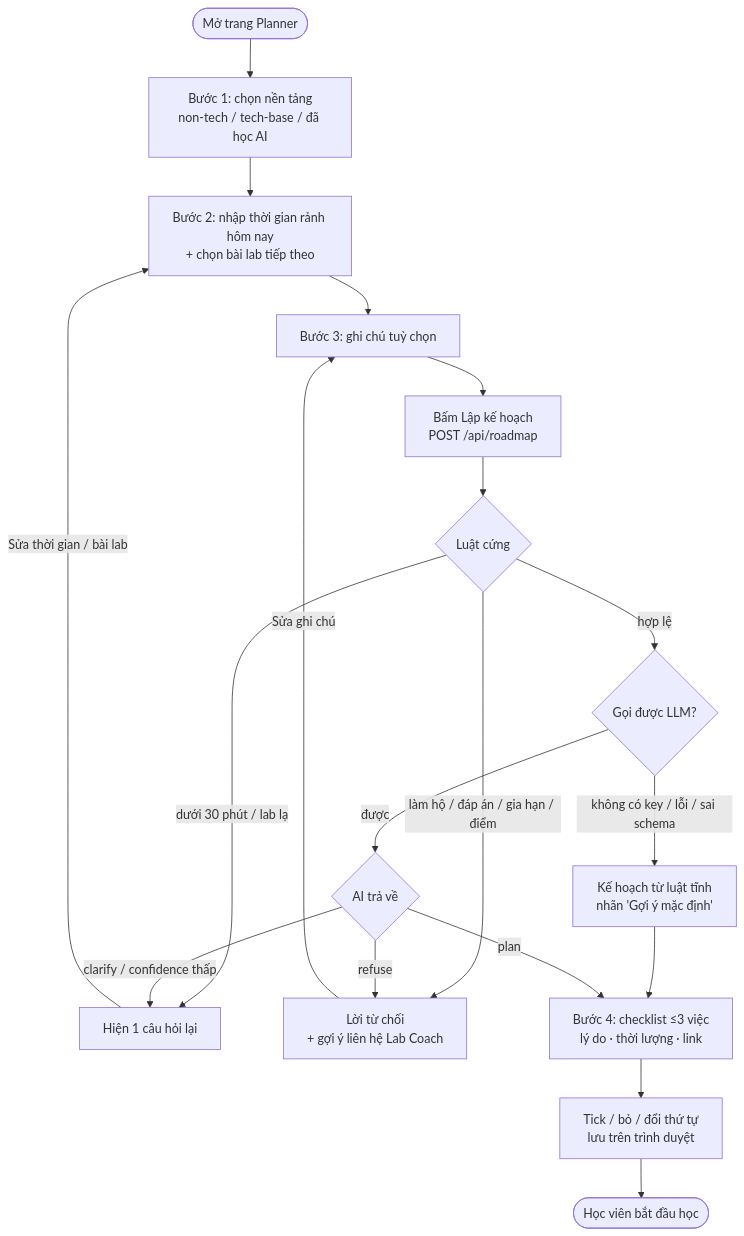
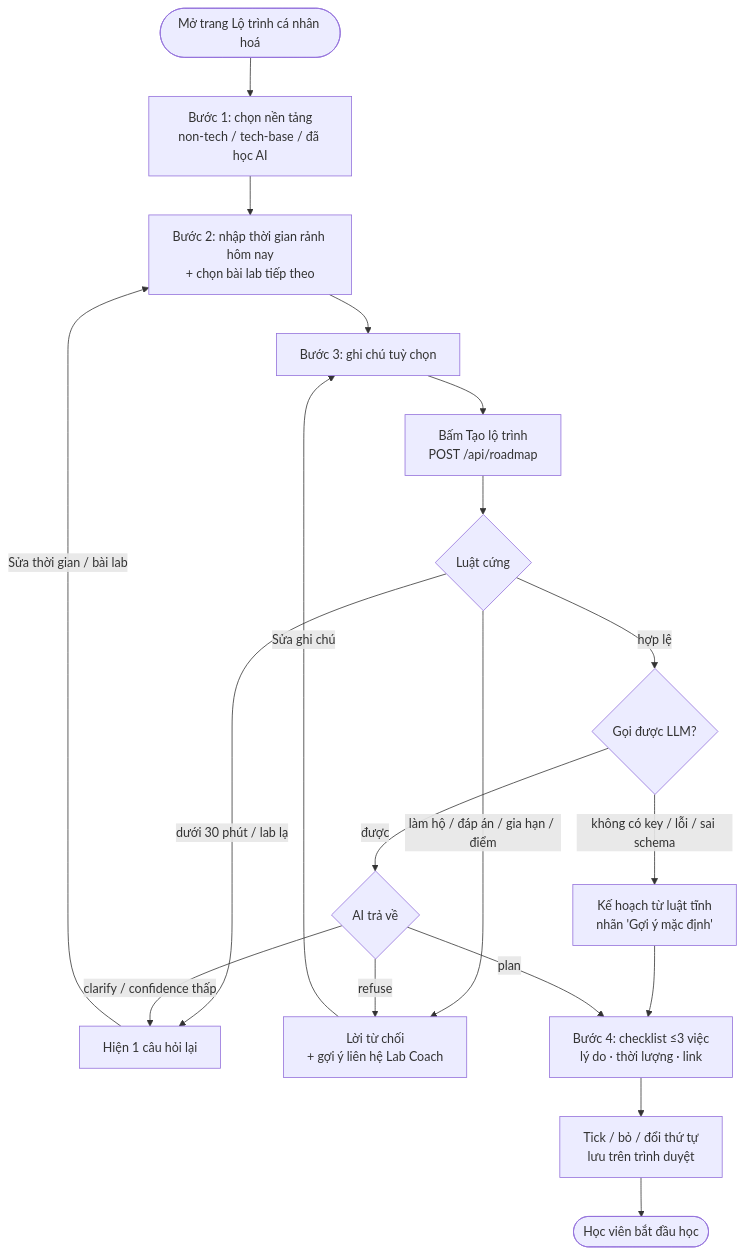
The diagram in docs/05-ui-flow.md (Dokhacgiakhoa/K4-3A-e403-Vinonymus), drawn with Mermaid before and after one commit. The commit also changed other lines of this file and 19 other files, not shown here.

````diff
--- a/docs/05-ui-flow.md
+++ b/docs/05-ui-flow.md
@@ -7,19 +7,19 @@
 ```mermaid
 flowchart TD
-    A([Mở trang Planner]) --> B[Bước 1: chọn nền tảng<br/>non-tech / tech-base / đã học AI]
+    A([Mở trang Lộ trình cá nhân hoá]) --> B[Bước 1: chọn nền tảng<br/>non-tech / tech-base / đã học AI]
     B --> C[Bước 2: nhập thời gian rảnh hôm nay<br/>+ chọn bài lab tiếp theo]
     C --> D[Bước 3: ghi chú tuỳ chọn]
-    D --> F[Bấm Lập kế hoạch<br/>POST /api/roadmap]
+    D --> F[Bấm Tạo lộ trình<br/>POST /api/roadmap]
     F --> R{Luật cứng}
     R -- dưới 30 phút / lab lạ --> H
     R -- làm hộ / đáp án / gia hạn / điểm --> I
     R -- hợp lệ --> E{Gọi được LLM?}
     E -- không có key / lỗi / sai schema --> K[Kế hoạch từ luật tĩnh<br/>nhãn 'Gợi ý mặc định']
     K --> G
     E -- được --> S{AI trả về}
     S -- plan --> G[Bước 4: checklist ≤3 việc<br/>lý do · thời lượng · link]
     S -- clarify / confidence thấp --> H[Hiện 1 câu hỏi lại] -- Sửa thời gian / bài lab --> C
     S -- refuse --> I[Lời từ chối<br/>+ gợi ý liên hệ Lab Coach] -- Sửa ghi chú --> D
     G --> J[Tick / bỏ / đổi thứ tự<br/>lưu trên trình duyệt]
     J --> Z([Học viên bắt đầu học])
 ```
````
